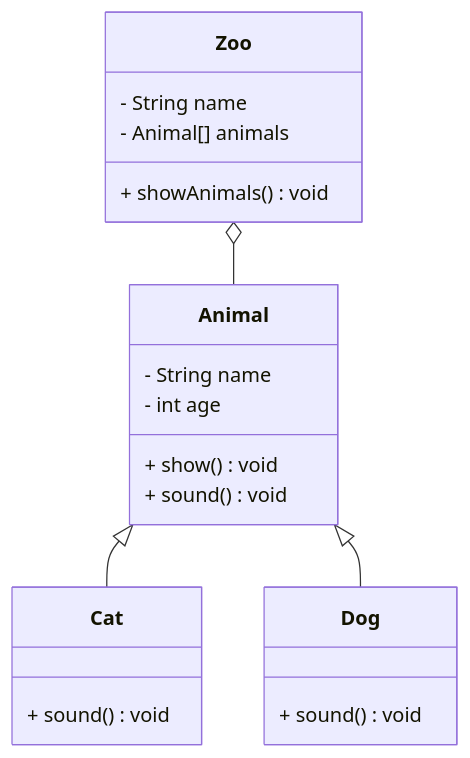
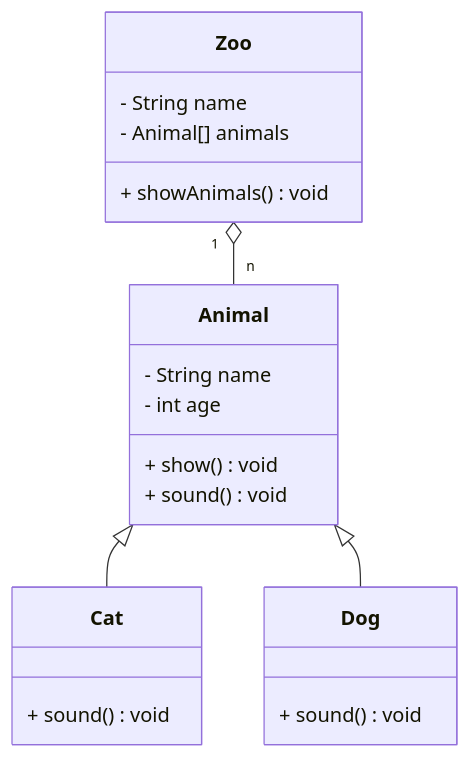
The diagram in README.md (tiesen243/oop), drawn with Mermaid before and after one commit.

````diff
--- a/README.md
+++ b/README.md
@@ -5,21 +5,28 @@
 ```mermaid
 classDiagram
+direction TB
+    class Animal {
+	    - String name
+	    - int age
+	    + show() void
+	    + sound() void
+    }
+
+    class Cat {
+	    + sound() void
+    }
+
+    class Dog {
+	    + sound() void
+    }
+
+    class Zoo {
+	    - String name
+	    - Animal[] animals
+	    + showAnimals() void
+    }
+
     Animal <|-- Cat
     Animal <|-- Dog
-    Zoo o-- Animal
-    Animal : - String name
-    Animal : - int age
-    Animal: + show() void
-    Animal: + sound() void
-    class Cat {
-        + sound() void
-    }
-    class Dog {
-        + sound() void
-    }
-    class Zoo {
-        - String name
-        - Animal[] animals
-        + showAnimals() void
-    }
+    Zoo "1" o-- "n" Animal
 ```
````
